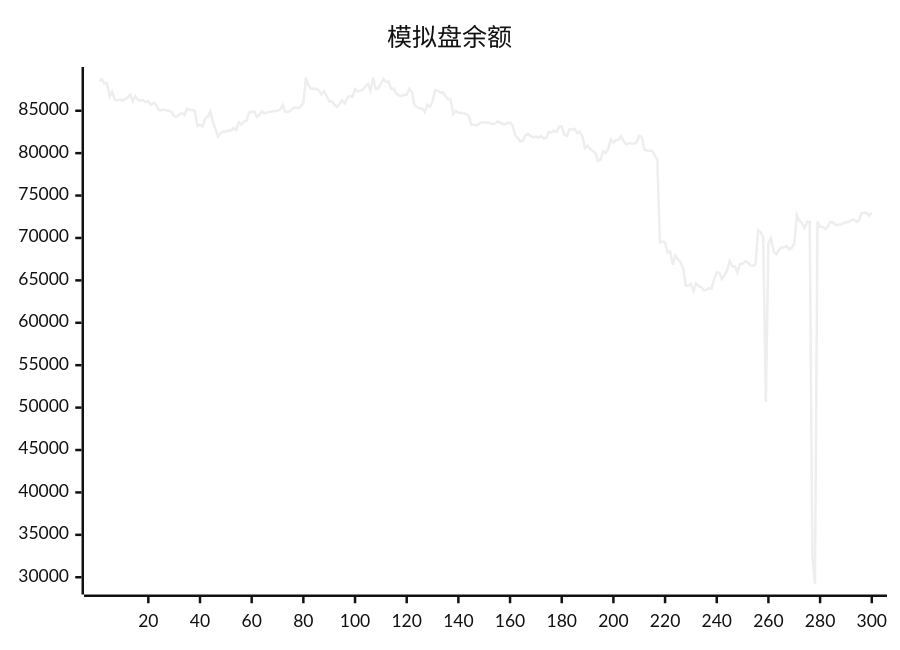
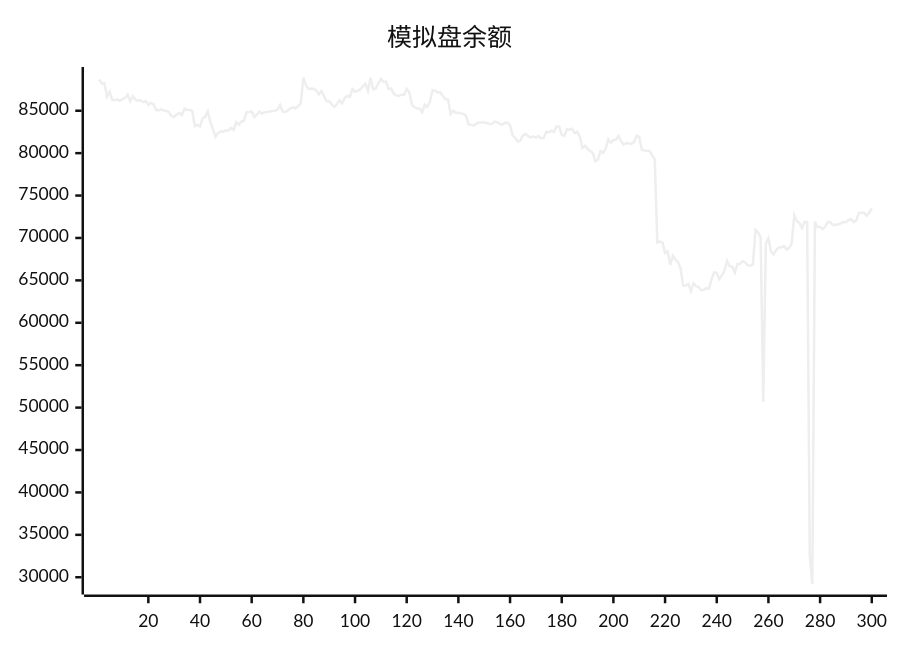
One commit to aahl/ai-trading changed the diagram in README.md. Above: the diagram before and after it, drawn with Mermaid (neutral theme). The commit also changed other lines of this file and 1 other file, not shown here.

````diff
--- a/README.md
+++ b/README.md
@@ -5,5 +5,5 @@
 ```mermaid
 xychart
     title "模拟盘余额"
-    line [88495,88705,88189,88248,86662,87234,86279,86251,86314,86177,86364,86503,86886,86114,86731,86310,86176,86240,86017,86136,85685,85938,85749,85111,85044,85164,85016,85008,84824,84354,84287,84572,84745,84500,85234,85096,85095,84970,83180,83338,83157,84070,84309,84922,83667,82850,81924,82369,82552,82539,82695,82648,82962,82728,83619,83378,83710,83825,84819,84854,84917,84265,84527,84919,84668,84834,84850,84916,84981,85004,85131,85674,84891,84864,85019,85284,85393,85294,85538,85894,88904,88012,87567,87625,87568,87386,86920,87313,86737,86094,86143,85725,85437,85787,86219,85859,86526,86740,86630,87563,87264,87335,87483,87886,88180,87335,88894,87544,87608,88207,88755,88401,88444,87543,87608,87000,86810,86740,86894,86884,87576,87209,85686,85435,85251,85255,84820,85689,85453,86066,87420,87373,87161,87178,86740,86341,86315,84643,85012,84772,84768,84690,84635,84376,83360,83357,83259,83474,83608,83606,83602,83548,83440,83454,83724,83644,83464,83365,83590,83592,83275,82072,81806,81344,81492,82109,82254,82006,81848,81955,81829,82022,81769,81776,82522,82441,82656,82498,83144,83144,82150,82038,82797,82763,82872,82367,82536,81981,80612,80862,80484,80242,80034,79063,79245,80226,80016,80507,81625,81233,81544,81578,82016,81401,81019,81186,81130,81118,81306,82066,81909,80392,80304,80291,80258,79729,79261,69466,69579,69456,68251,68415,66832,67911,67462,67144,66432,64380,64375,64606,63740,64647,64324,64216,63842,63877,64078,64008,65156,65945,65888,65157,65625,66144,67284,66653,66639,65924,66925,66956,67263,67108,66766,66729,66886,70927,70673,70049,50652,69334,69973,68400,68061,68578,68876,68879,69055,68662,68822,69329,72687,71999,71760,71162,71911,71896,32500,29218,71927,71297,71305,71044,71337,71883,71822,71536,71536,71622,71723,71880,71860,72100,72216,71887,72077,72940,72976,72966,72638,72948]
+    line [88705,88189,88248,86662,87234,86279,86251,86314,86177,86364,86503,86886,86114,86731,86310,86176,86240,86017,86136,85685,85938,85749,85111,85044,85164,85016,85008,84824,84354,84287,84572,84745,84500,85234,85096,85095,84970,83180,83338,83157,84070,84309,84922,83667,82850,81924,82369,82552,82539,82695,82648,82962,82728,83619,83378,83710,83825,84819,84854,84917,84265,84527,84919,84668,84834,84850,84916,84981,85004,85131,85674,84891,84864,85019,85284,85393,85294,85538,85894,88904,88012,87567,87625,87568,87386,86920,87313,86737,86094,86143,85725,85437,85787,86219,85859,86526,86740,86630,87563,87264,87335,87483,87886,88180,87335,88894,87544,87608,88207,88755,88401,88444,87543,87608,87000,86810,86740,86894,86884,87576,87209,85686,85435,85251,85255,84820,85689,85453,86066,87420,87373,87161,87178,86740,86341,86315,84643,85012,84772,84768,84690,84635,84376,83360,83357,83259,83474,83608,83606,83602,83548,83440,83454,83724,83644,83464,83365,83590,83592,83275,82072,81806,81344,81492,82109,82254,82006,81848,81955,81829,82022,81769,81776,82522,82441,82656,82498,83144,83144,82150,82038,82797,82763,82872,82367,82536,81981,80612,80862,80484,80242,80034,79063,79245,80226,80016,80507,81625,81233,81544,81578,82016,81401,81019,81186,81130,81118,81306,82066,81909,80392,80304,80291,80258,79729,79261,69466,69579,69456,68251,68415,66832,67911,67462,67144,66432,64380,64375,64606,63740,64647,64324,64216,63842,63877,64078,64008,65156,65945,65888,65157,65625,66144,67284,66653,66639,65924,66925,66956,67263,67108,66766,66729,66886,70927,70673,70049,50652,69334,69973,68400,68061,68578,68876,68879,69055,68662,68822,69329,72687,71999,71760,71162,71911,71896,32500,29218,71927,71297,71305,71044,71337,71883,71822,71536,71536,71622,71723,71880,71860,72100,72216,71887,72077,72940,72976,72966,72638,72948,73497]
 ```
````
